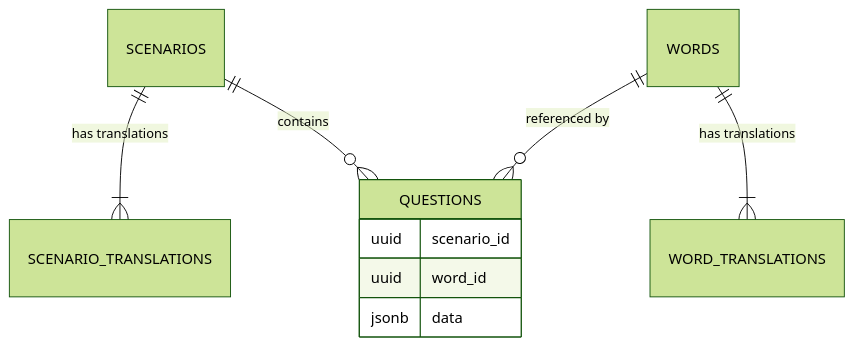
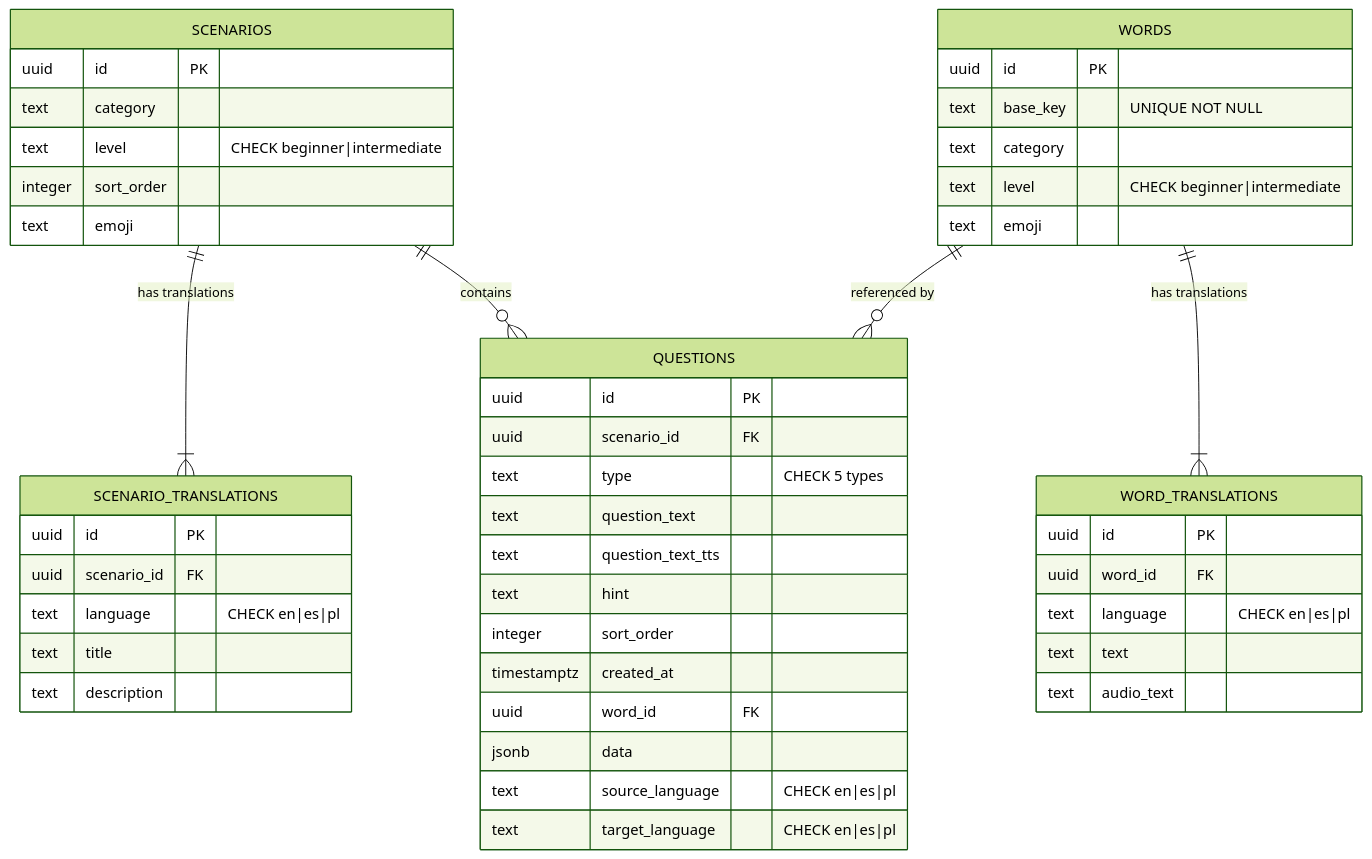
Before and after one commit to Forestnut/PalabraBox: the diagram in docs/DATABASE.md, drawn with Mermaid (forest theme). The commit also changed other lines of this file and 1 other file, not shown here.

First line of the commit message:
docs(db): rewrite DATABASE.md in English for the normalized schema (E9)

````diff
--- a/docs/DATABASE.md
+++ b/docs/DATABASE.md
@@ -104,14 +61,50 @@
 ```mermaid
 erDiagram
     SCENARIOS ||--|{ SCENARIO_TRANSLATIONS : "has translations"
     SCENARIOS ||--o{ QUESTIONS : "contains"
-
     WORDS ||--|{ WORD_TRANSLATIONS : "has translations"
     WORDS ||--o{ QUESTIONS : "referenced by"
 
+    SCENARIOS {
+        uuid id PK
+        text category
+        text level "CHECK beginner|intermediate"
+        integer sort_order
+        text emoji
+    }
+    SCENARIO_TRANSLATIONS {
+        uuid id PK
+        uuid scenario_id FK
+        text language "CHECK en|es|pl"
+        text title
+        text description
+    }
+    WORDS {
+        uuid id PK
+        text base_key "UNIQUE NOT NULL"
+        text category
+        text level "CHECK beginner|intermediate"
+        text emoji
+    }
+    WORD_TRANSLATIONS {
+        uuid id PK
+        uuid word_id FK
+        text language "CHECK en|es|pl"
+        text text
+        text audio_text
+    }
     QUESTIONS {
-        uuid scenario_id
-        uuid word_id
+        uuid id PK
+        uuid scenario_id FK
+        text type "CHECK 5 types"
+        text question_text
+        text question_text_tts
+        text hint
+        integer sort_order
+        timestamptz created_at
+        uuid word_id FK
         jsonb data
+        text source_language "CHECK en|es|pl"
+        text target_language "CHECK en|es|pl"
     }
 ```
````
